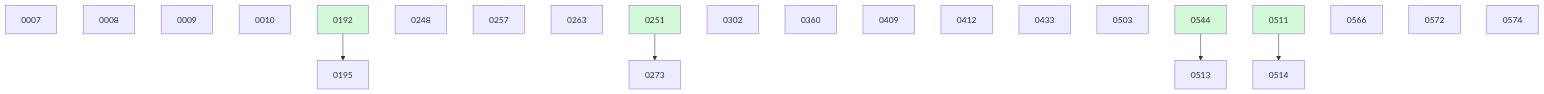
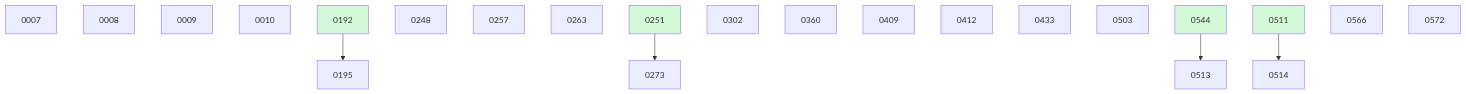
The diagram in docs/changes/BOARD.md (danielhanold/docket), drawn with Mermaid before and after one commit. The commit also changed other lines of this file and 4 other files, not shown here.

````diff
--- a/docs/changes/BOARD.md
+++ b/docs/changes/BOARD.md
@@ -40,28 +34,27 @@
 ```mermaid
 graph TD
   0007
   0008
   0009
   0010
   0192 --> 0195
   0248
   0257
   0263
   0251 --> 0273
   0302
   0360
   0409
   0412
   0433
   0503
   0544 --> 0513
   0511 --> 0514
   0566
   0572
-  0574
   0192:::done
   0251:::done
   0511:::done
   0544:::done
   classDef done fill:#d3f9d8;
 ```
````
